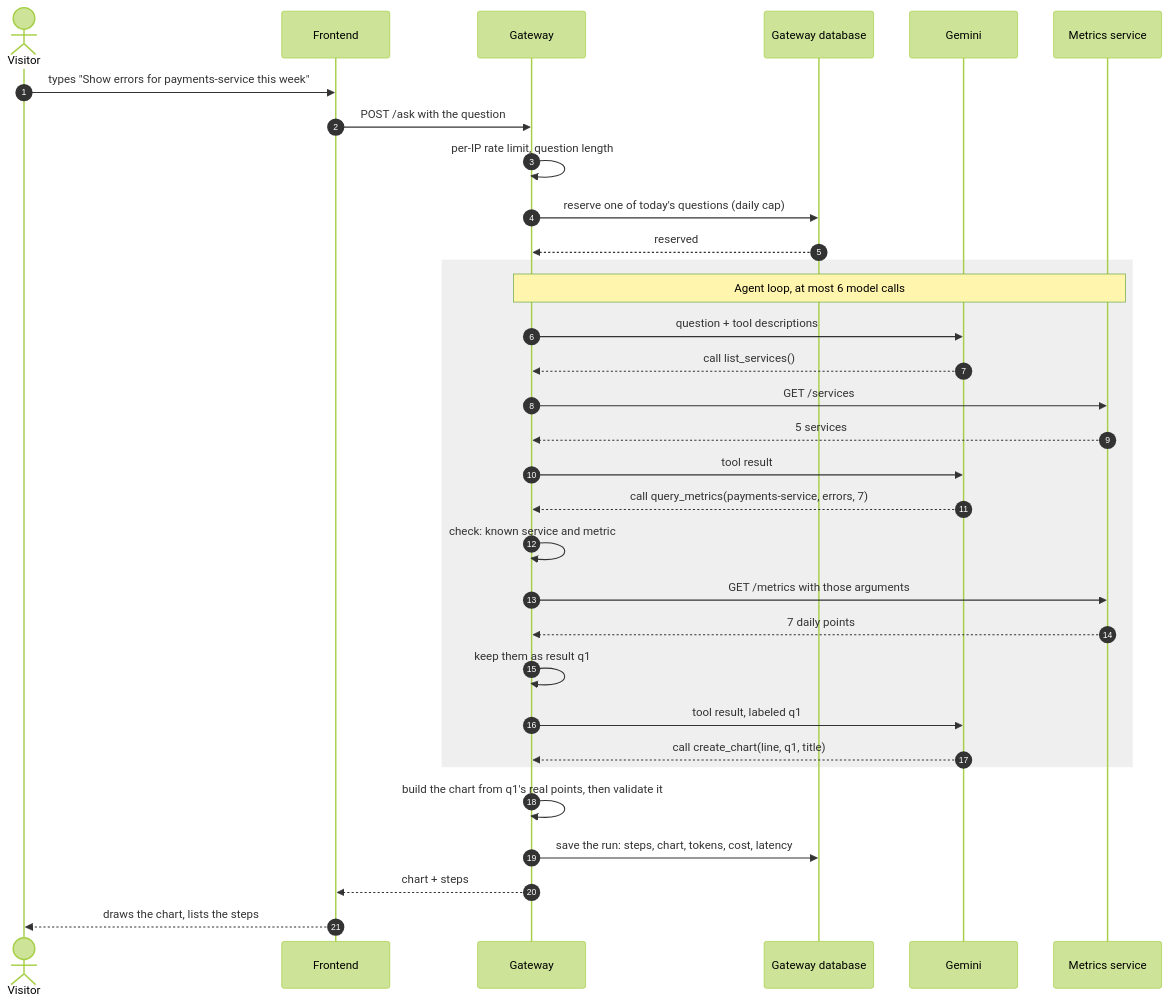
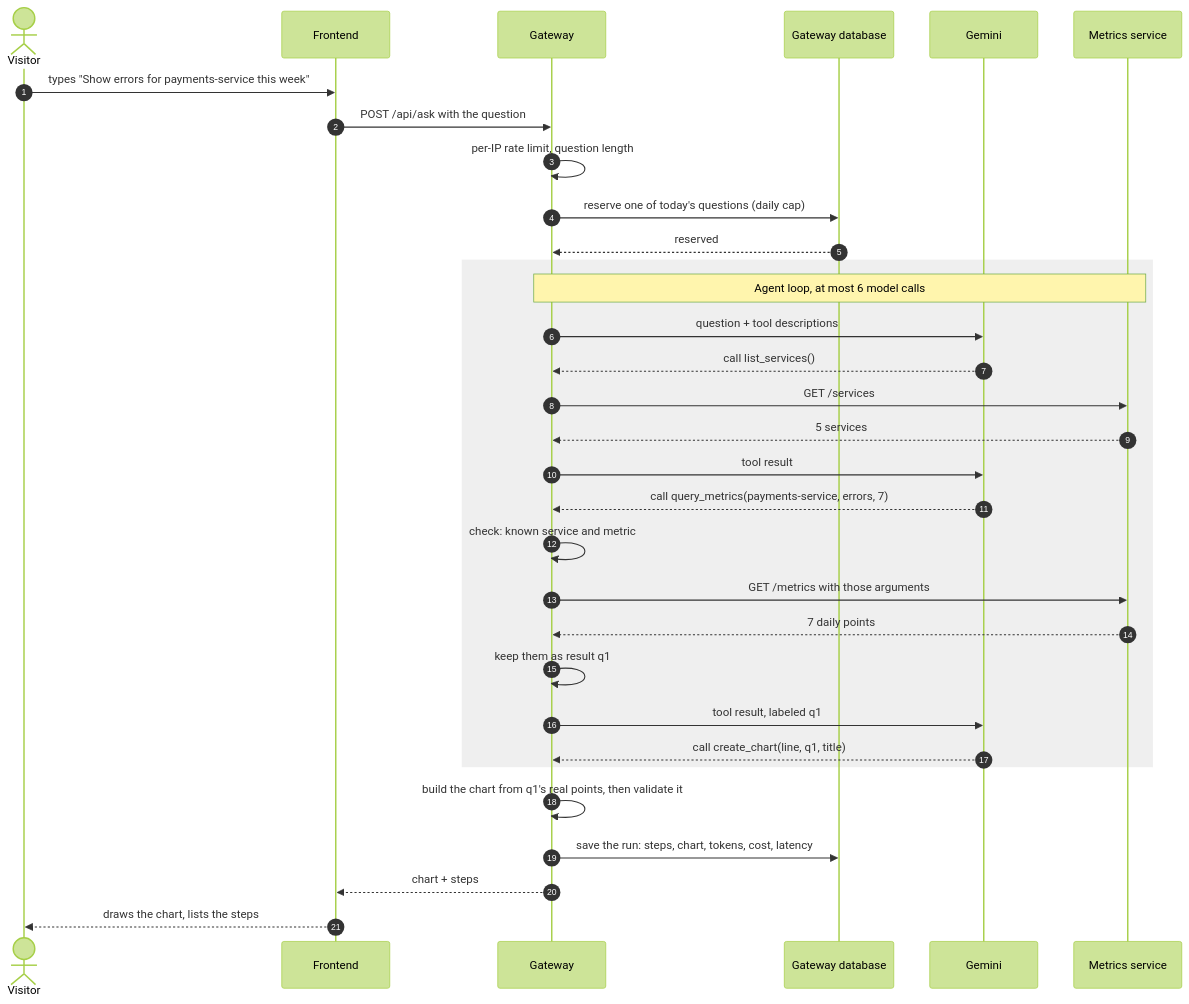
One commit to vovadyach/dashgen changed the third of 5 diagrams in docs/design.md. Above: the diagram before and after it, drawn with Mermaid (forest theme). The commit also changed other lines of this file and 2 other files, not shown here.

Commit message:
docs: tighten ADR-0003 after review (CloudFront Function as the API switch, timeouts, /api settings, visitor IP)

````diff
--- a/docs/design.md
+++ b/docs/design.md
@@ -159,35 +159,35 @@
 ```mermaid
 sequenceDiagram
     autonumber
     actor V as Visitor
     participant F as Frontend
     participant G as Gateway
     participant DB as Gateway database
     participant LLM as Gemini
     participant M as Metrics service
 
     V->>F: types "Show errors for payments-service this week"
-    F->>G: POST /ask with the question
+    F->>G: POST /api/ask with the question
     G->>G: per-IP rate limit, question length
     G->>DB: reserve one of today's questions (daily cap)
     DB-->>G: reserved
     rect rgba(127, 127, 127, 0.12)
         Note over G,M: Agent loop, at most 6 model calls
         G->>LLM: question + tool descriptions
         LLM-->>G: call list_services()
         G->>M: GET /services
         M-->>G: 5 services
         G->>LLM: tool result
         LLM-->>G: call query_metrics(payments-service, errors, 7)
         G->>G: check: known service and metric
         G->>M: GET /metrics with those arguments
         M-->>G: 7 daily points
         G->>G: keep them as result q1
         G->>LLM: tool result, labeled q1
         LLM-->>G: call create_chart(line, q1, title)
     end
     G->>G: build the chart from q1's real points, then validate it
     G->>DB: save the run: steps, chart, tokens, cost, latency
     G-->>F: chart + steps
     F-->>V: draws the chart, lists the steps
 ```
````
